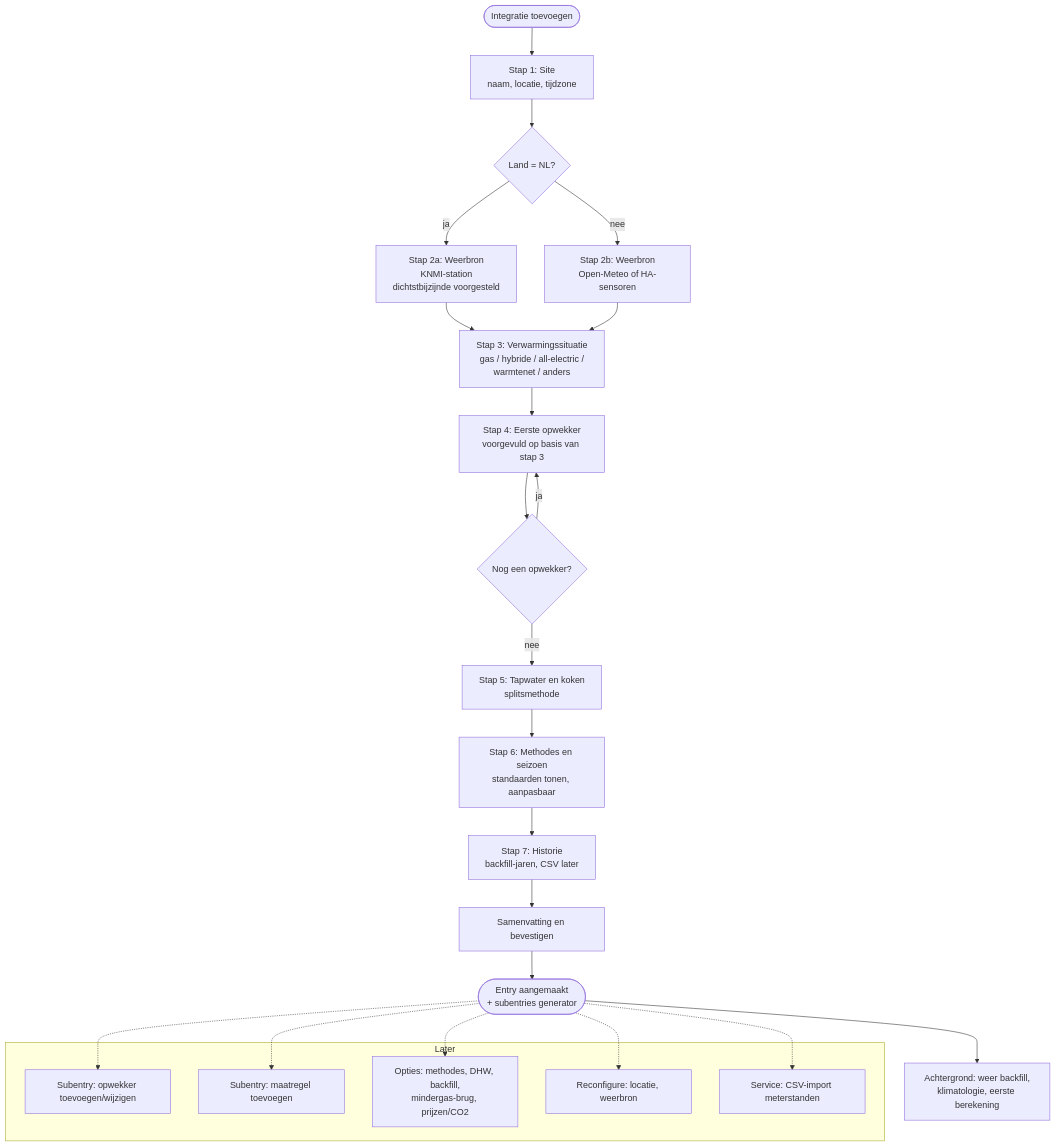
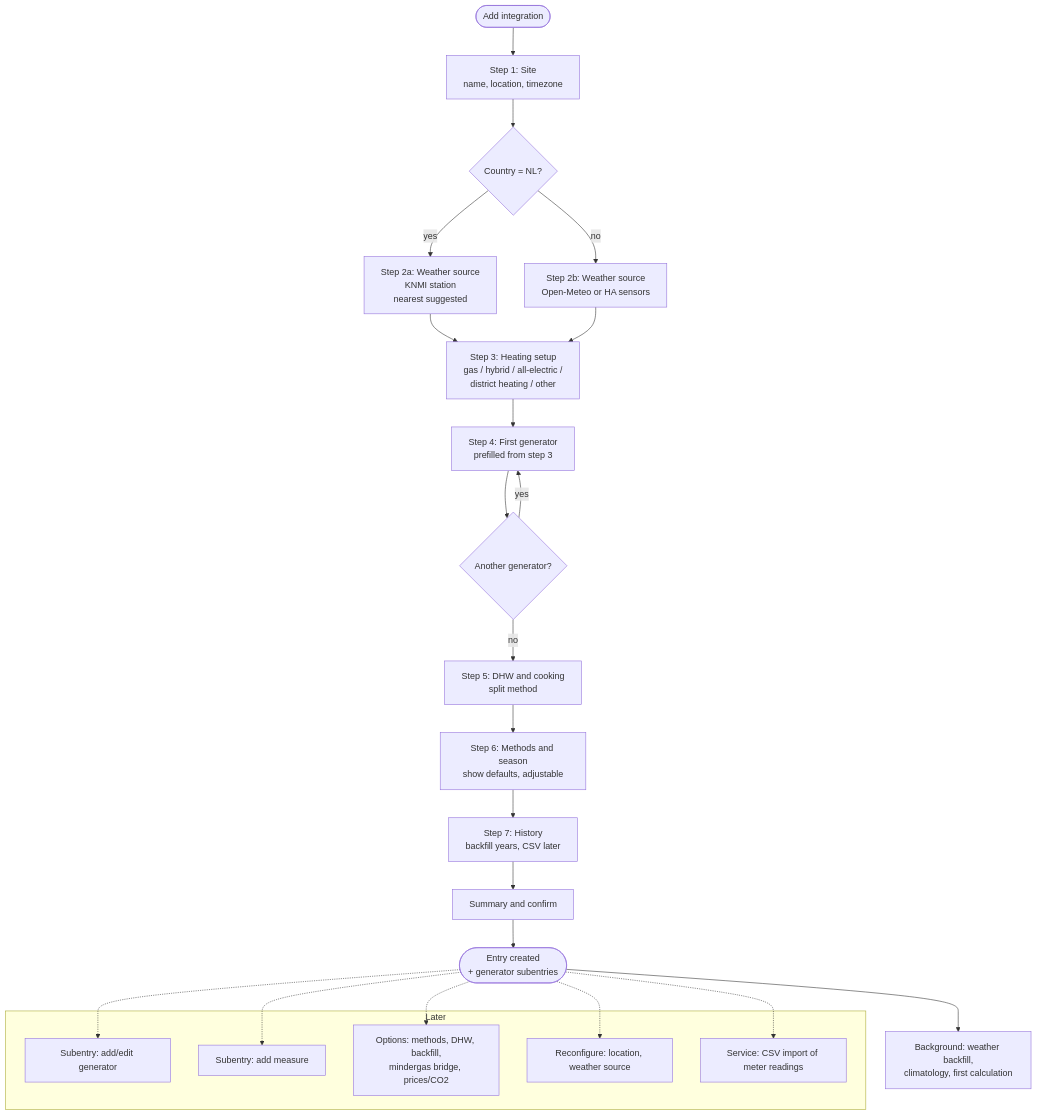
Before and after one commit to nicohabets/heatprint: the diagram in docs/CONFIG_FLOW.md, drawn with Mermaid. The commit also changed other lines of this file and 20 other files, not shown here.

````diff
--- a/docs/CONFIG_FLOW.md
+++ b/docs/CONFIG_FLOW.md
@@ -13,31 +14,31 @@
 ```mermaid
 flowchart TD
-    A([Integratie toevoegen]) --> B[Stap 1: Site<br/>naam, locatie, tijdzone]
-    B --> C{Land = NL?}
-    C -- ja --> D[Stap 2a: Weerbron<br/>KNMI-station<br/>dichtstbijzijnde voorgesteld]
-    C -- nee --> E[Stap 2b: Weerbron<br/>Open-Meteo of HA-sensoren]
-    D --> F[Stap 3: Verwarmingssituatie<br/>gas / hybride / all-electric /<br/>warmtenet / anders]
+    A([Add integration]) --> B[Step 1: Site<br/>name, location, timezone]
+    B --> C{Country = NL?}
+    C -- yes --> D[Step 2a: Weather source<br/>KNMI station<br/>nearest suggested]
+    C -- no --> E[Step 2b: Weather source<br/>Open-Meteo or HA sensors]
+    D --> F[Step 3: Heating setup<br/>gas / hybrid / all-electric /<br/>district heating / other]
     E --> F
-    F --> G[Stap 4: Eerste opwekker<br/>voorgevuld op basis van stap 3]
-    G --> H{Nog een opwekker?}
-    H -- ja --> G
-    H -- nee --> I[Stap 5: Tapwater en koken<br/>splitsmethode]
-    I --> J[Stap 6: Methodes en seizoen<br/>standaarden tonen, aanpasbaar]
-    J --> K[Stap 7: Historie<br/>backfill-jaren, CSV later]
-    K --> L[Samenvatting en bevestigen]
-    L --> M([Entry aangemaakt<br/>+ subentries generator])
-    M --> N[Achtergrond: weer backfill,<br/>klimatologie, eerste berekening]
+    F --> G[Step 4: First generator<br/>prefilled from step 3]
+    G --> H{Another generator?}
+    H -- yes --> G
+    H -- no --> I[Step 5: DHW and cooking<br/>split method]
+    I --> J[Step 6: Methods and season<br/>show defaults, adjustable]
+    J --> K[Step 7: History<br/>backfill years, CSV later]
+    K --> L[Summary and confirm]
+    L --> M([Entry created<br/>+ generator subentries])
+    M --> N[Background: weather backfill,<br/>climatology, first calculation]
 
     subgraph Later
-        O[Subentry: opwekker toevoegen/wijzigen]
-        P[Subentry: maatregel toevoegen]
-        Q[Opties: methodes, DHW, backfill,<br/>mindergas-brug, prijzen/CO2]
-        R[Reconfigure: locatie, weerbron]
-        S[Service: CSV-import meterstanden]
+        O[Subentry: add/edit generator]
+        P[Subentry: add measure]
+        Q[Options: methods, DHW, backfill,<br/>mindergas bridge, prices/CO2]
+        R[Reconfigure: location, weather source]
+        S[Service: CSV import of meter readings]
     end
     M -.-> O
     M -.-> P
     M -.-> Q
     M -.-> R
     M -.-> S
 ```
````
